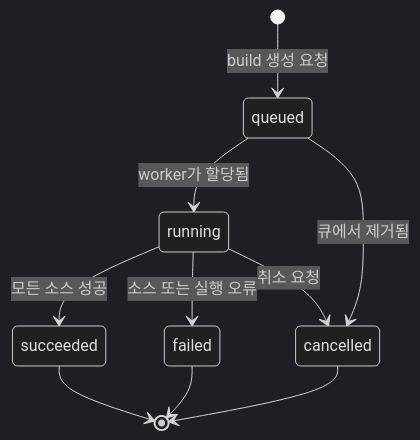
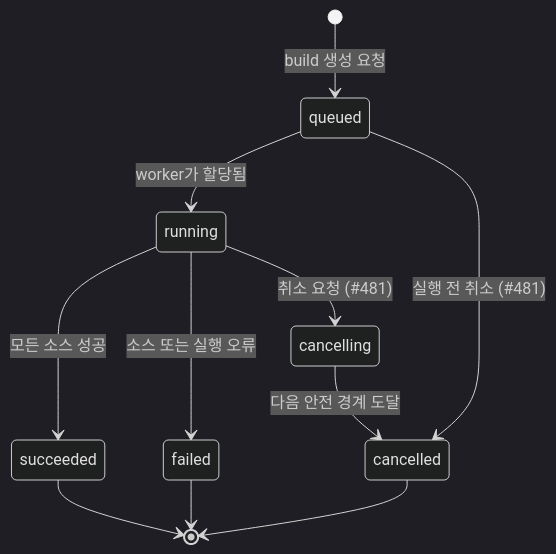
Before and after one commit to yeongseon/kpubdata-builder: the second of 2 diagrams in BUILD_STATE.md, drawn with Mermaid (dark theme). The commit also changed other lines of this file and 22 other files, not shown here.

````diff
--- a/BUILD_STATE.md
+++ b/BUILD_STATE.md
@@ -131,12 +132,13 @@
 ```mermaid
 stateDiagram-v2
     [*] --> queued: build 생성 요청
     queued --> running: worker가 할당됨
     running --> succeeded: 모든 소스 성공
     running --> failed: 소스 또는 실행 오류
-    running --> cancelled: 취소 요청
-    queued --> cancelled: 큐에서 제거됨
+    running --> cancelling: 취소 요청 (#481)
+    cancelling --> cancelled: 다음 안전 경계 도달
+    queued --> cancelled: 실행 전 취소 (#481)
     cancelled --> [*]
     failed --> [*]
     succeeded --> [*]
 ```
````
